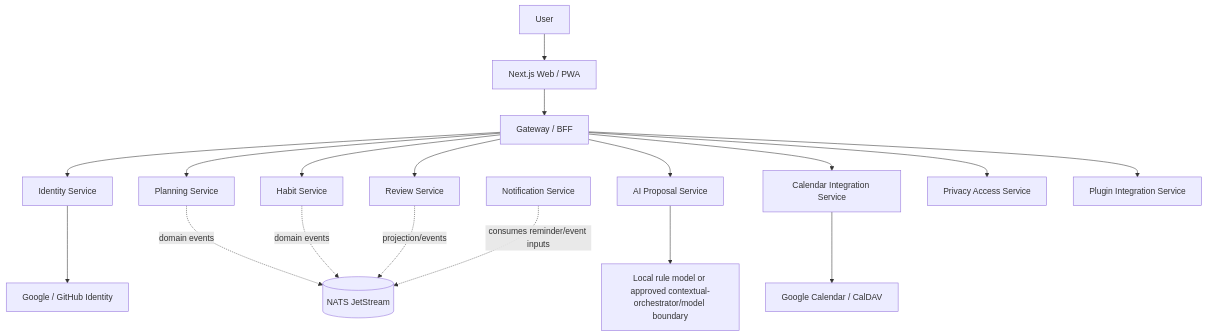
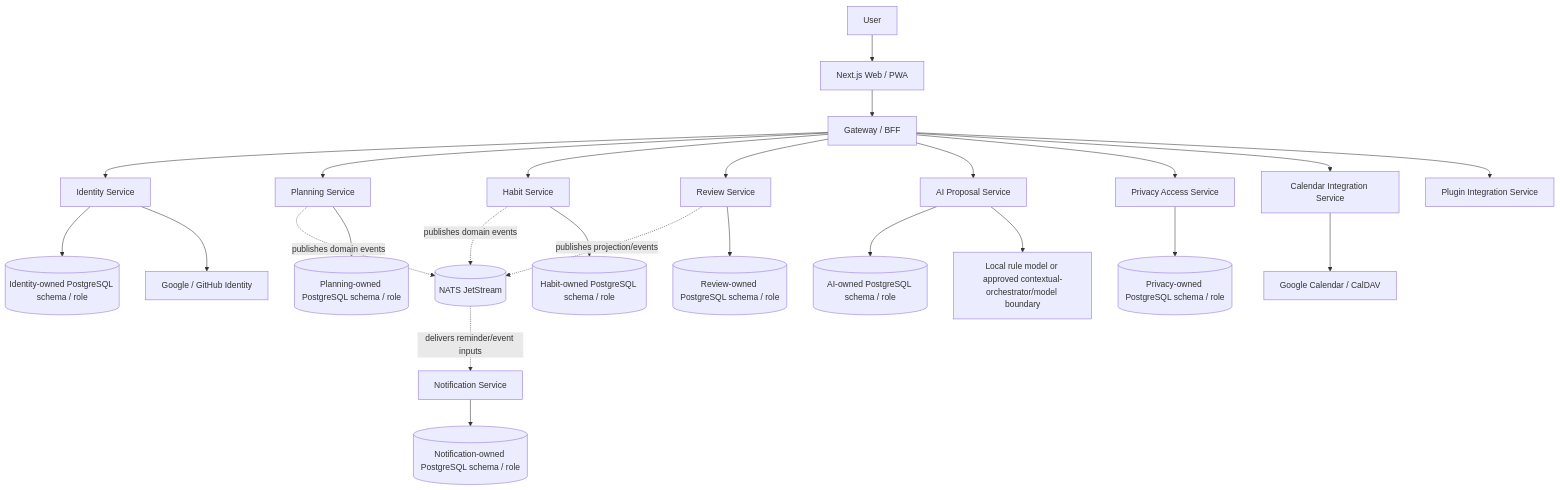
One commit to ContextualWisdomLab/life-os changed the first of 11 diagrams in docs/UML.md. Above: the diagram before and after it, drawn with Mermaid. The commit also changed other lines of this file, not shown here.

Commit message:
docs: correct event and database ownership diagrams

````diff
--- a/docs/UML.md
+++ b/docs/UML.md
@@ -11,36 +11,44 @@
 ```mermaid
 flowchart TB
     User[User]
     Web[Next.js Web / PWA]
     Gateway[Gateway / BFF]
     Identity[Identity Service]
     Planning[Planning Service]
     Habit[Habit Service]
     Review[Review Service]
     Calendar[Calendar Integration Service]
     Notification[Notification Service]
     AI[AI Proposal Service]
     Privacy[Privacy Access Service]
     Plugin[Plugin Integration Service]
     NATS[(NATS JetStream)]
 
     User --> Web
     Web --> Gateway
     Gateway --> Identity
     Gateway --> Planning
     Gateway --> Habit
     Gateway --> Review
     Gateway --> AI
     Gateway --> Privacy
     Gateway --> Calendar
     Gateway --> Plugin
 
-    Planning -. domain events .-> NATS
-    Habit -. domain events .-> NATS
-    Review -. projection/events .-> NATS
-    Notification -. consumes reminder/event inputs .-> NATS
+    Planning -. publishes domain events .-> NATS
+    Habit -. publishes domain events .-> NATS
+    Review -. publishes projection/events .-> NATS
+    NATS -. delivers reminder/event inputs .-> Notification
+
+    Identity --> IdentityDB[(Identity-owned PostgreSQL schema / role)]
+    Planning --> PlanningDB[(Planning-owned PostgreSQL schema / role)]
+    Habit --> HabitDB[(Habit-owned PostgreSQL schema / role)]
+    Review --> ReviewDB[(Review-owned PostgreSQL schema / role)]
+    Notification --> NotificationDB[(Notification-owned PostgreSQL schema / role)]
+    AI --> AIDB[(AI-owned PostgreSQL schema / role)]
+    Privacy --> PrivacyDB[(Privacy-owned PostgreSQL schema / role)]
 
     Calendar --> ExternalCalendar[Google Calendar / CalDAV]
     Identity --> IdentityProvider[Google / GitHub Identity]
     AI --> ModelBoundary[Local rule model or approved contextual-orchestrator/model boundary]
 ```
````
